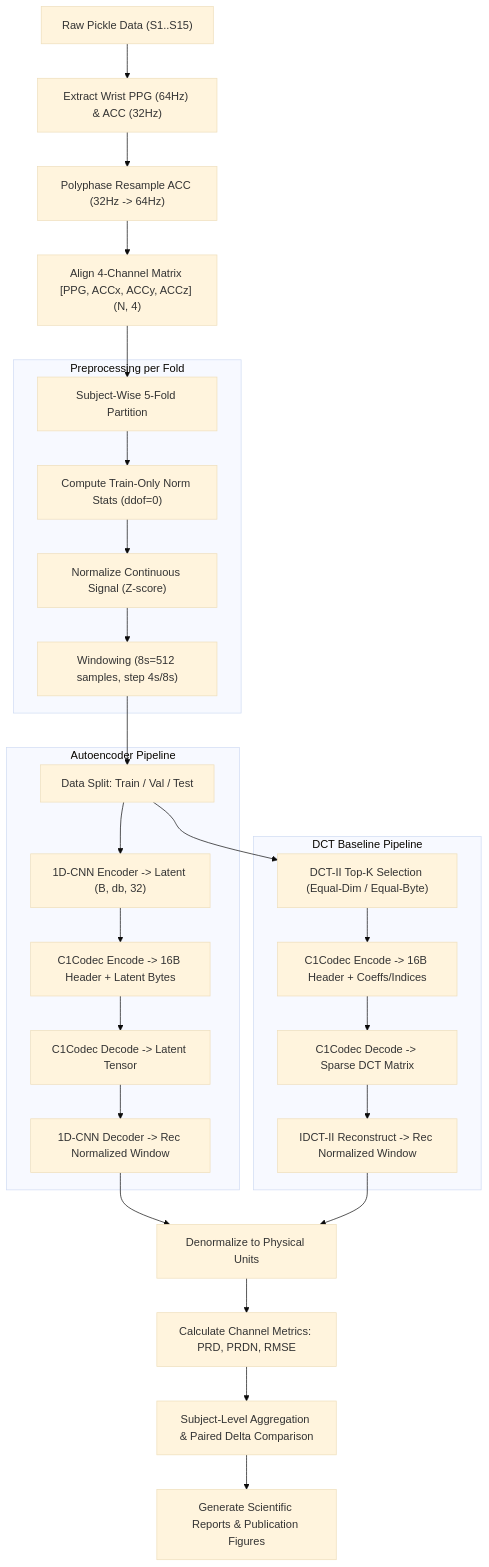
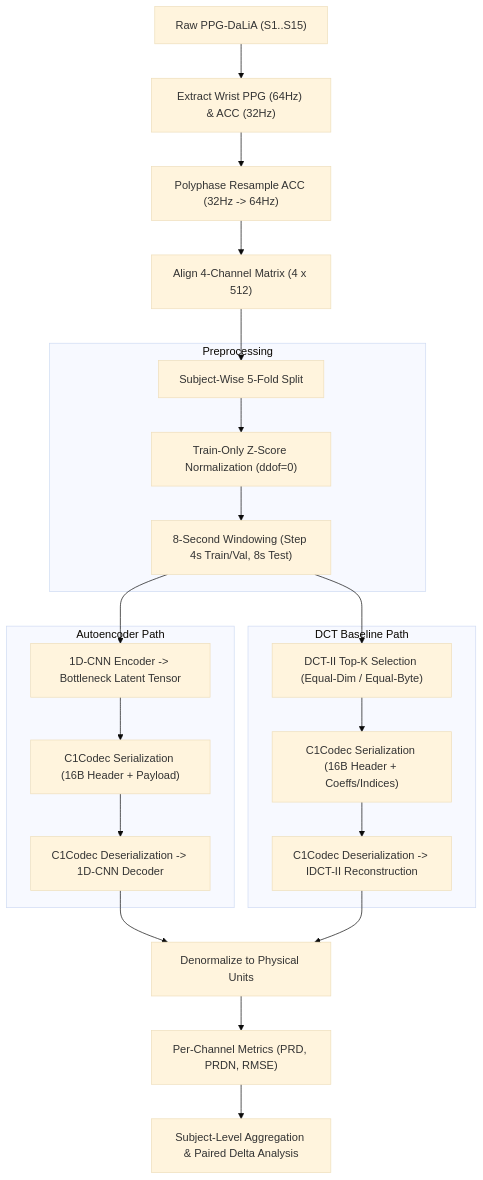
The diagram in C1_AE_DCT/README.md (sai-ctruong/iot_C1_AE_DCT), drawn with Mermaid (base theme) before and after one commit. The commit also changed other lines of this file, not shown here.

````diff
--- a/C1_AE_DCT/README.md
+++ b/C1_AE_DCT/README.md
@@ -45,35 +39,29 @@
 ```mermaid
 flowchart TD
-    A["Raw Pickle Data (S1..S15)"] --> B["Extract Wrist PPG (64Hz) & ACC (32Hz)"]
+    A["Raw PPG-DaLiA (S1..S15)"] --> B["Extract Wrist PPG (64Hz) & ACC (32Hz)"]
     B --> C["Polyphase Resample ACC (32Hz -> 64Hz)"]
-    C --> D["Align 4-Channel Matrix [PPG, ACCx, ACCy, ACCz] (N, 4)"]
-    D --> E["Subject-Wise 5-Fold Partition"]
+    C --> D["Align 4-Channel Matrix (4 x 512)"]
+    D --> E["Subject-Wise 5-Fold Split"]
     
-    subgraph Preprocessing per Fold
-        E --> F["Compute Train-Only Norm Stats (ddof=0)"]
-        F --> G["Normalize Continuous Signal (Z-score)"]
-        G --> H["Windowing (8s=512 samples, step 4s/8s)"]
+    subgraph Preprocessing
+        E --> F["Train-Only Z-Score Normalization (ddof=0)"]
+        F --> G["8-Second Windowing (Step 4s Train/Val, 8s Test)"]
     end
     
-    H --> I["Data Split: Train / Val / Test"]
-    
-    subgraph Autoencoder Pipeline
-        I --> J["1D-CNN Encoder -> Latent (B, db, 32)"]
-        J --> K["C1Codec Encode -> 16B Header + Latent Bytes"]
-        K --> L["C1Codec Decode -> Latent Tensor"]
-        L --> M["1D-CNN Decoder -> Rec Normalized Window"]
+    subgraph Autoencoder Path
+        G --> H["1D-CNN Encoder -> Bottleneck Latent Tensor"]
+        H --> I["C1Codec Serialization (16B Header + Payload)"]
+        I --> J["C1Codec Deserialization -> 1D-CNN Decoder"]
     end
 
-    subgraph DCT Baseline Pipeline
-        I --> N["DCT-II Top-K Selection (Equal-Dim / Equal-Byte)"]
-        N --> O["C1Codec Encode -> 16B Header + Coeffs/Indices"]
-        O --> P["C1Codec Decode -> Sparse DCT Matrix"]
-        P --> Q["IDCT-II Reconstruct -> Rec Normalized Window"]
+    subgraph DCT Baseline Path
+        G --> K["DCT-II Top-K Selection (Equal-Dim / Equal-Byte)"]
+        K --> L["C1Codec Serialization (16B Header + Coeffs/Indices)"]
+        L --> M["C1Codec Deserialization -> IDCT-II Reconstruction"]
     end
 
-    M --> R["Denormalize to Physical Units"]
-    Q --> R
-    R --> S["Calculate Channel Metrics: PRD, PRDN, RMSE"]
-    S --> T["Subject-Level Aggregation & Paired Delta Comparison"]
-    T --> U["Generate Scientific Reports & Publication Figures"]
+    J --> N["Denormalize to Physical Units"]
+    M --> N
+    N --> O["Per-Channel Metrics (PRD, PRDN, RMSE)"]
+    O --> P["Subject-Level Aggregation & Paired Delta Analysis"]
 ```
````
